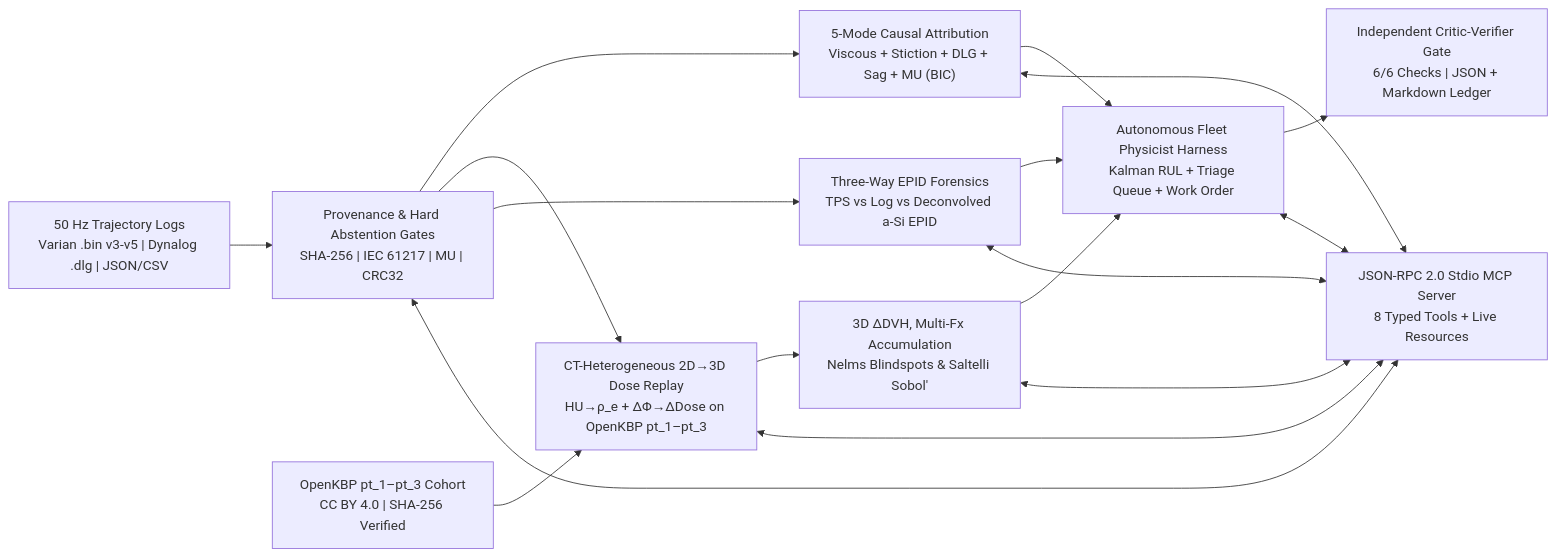
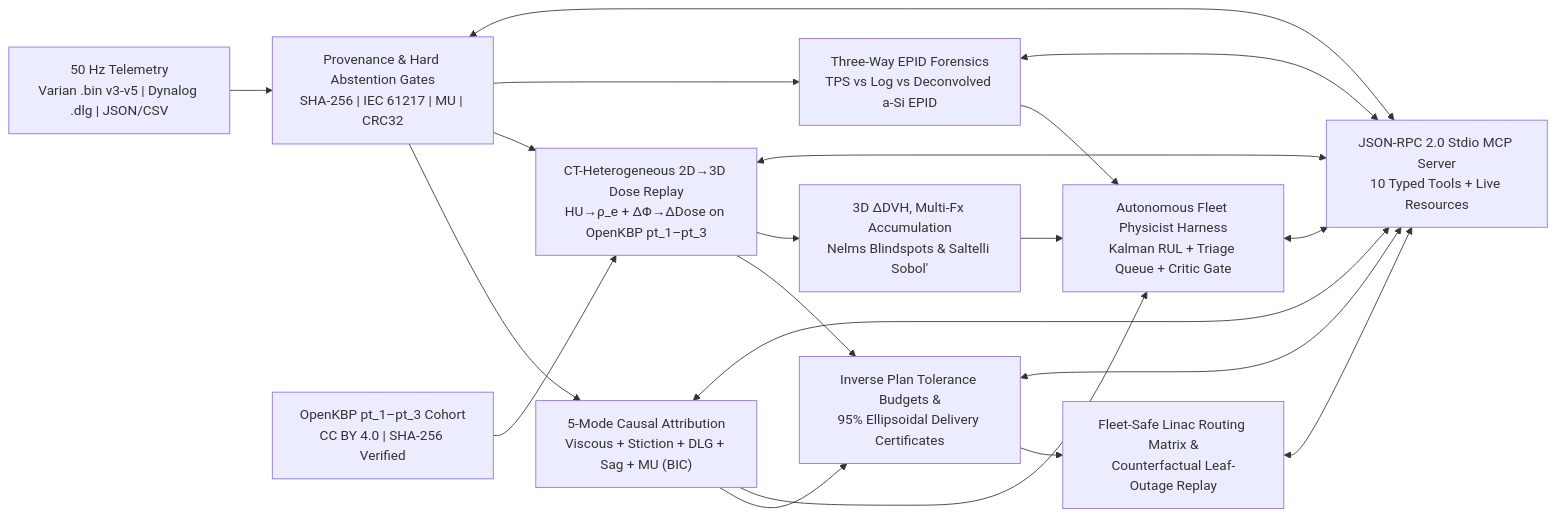
Before and after one commit to callmesobhan/linac-forensics: the diagram in README.md, drawn with Mermaid. The commit also changed other lines of this file and 18 other files, not shown here.

Commit message:
feat(v0.3.0): inverse plan tolerance budgets, 95% adversarial delivery certificates, fleet-safe linac routing, leaf-outage replay & non-commercial citation license

````diff
--- a/README.md
+++ b/README.md
@@ -38,12 +36,13 @@
 ```mermaid
 flowchart LR
-    A["50 Hz Trajectory Logs<br/>Varian .bin v3-v5 | Dynalog .dlg | JSON/CSV"] --> B["Provenance & Hard Abstention Gates<br/>SHA-256 | IEC 61217 | MU | CRC32"]
+    A["50 Hz Telemetry<br/>Varian .bin v3-v5 | Dynalog .dlg | JSON/CSV"] --> B["Provenance & Hard Abstention Gates<br/>SHA-256 | IEC 61217 | MU | CRC32"]
     B --> C["5-Mode Causal Attribution<br/>Viscous + Stiction + DLG + Sag + MU (BIC)"]
     B --> D["CT-Heterogeneous 2D→3D Dose Replay<br/>HU→ρ_e + ΔΦ→ΔDose on OpenKBP pt_1–pt_3"]
     B --> E["Three-Way EPID Forensics<br/>TPS vs Log vs Deconvolved a-Si EPID"]
     F["OpenKBP pt_1–pt_3 Cohort<br/>CC BY 4.0 | SHA-256 Verified"] --> D
+    C & D --> K["Inverse Plan Tolerance Budgets &<br/>95% Ellipsoidal Delivery Certificates"]
+    K --> L["Fleet-Safe Linac Routing Matrix &<br/>Counterfactual Leaf-Outage Replay"]
     D --> G["3D ΔDVH, Multi-Fx Accumulation<br/>Nelms Blindspots & Saltelli Sobol'"]
-    C & E & G --> H["Autonomous Fleet Physicist Harness<br/>Kalman RUL + Triage Queue + Work Order"]
-    H --> I["Independent Critic-Verifier Gate<br/>6/6 Checks | JSON + Markdown Ledger"]
-    B & C & D & E & G & H <--> J["JSON-RPC 2.0 Stdio MCP Server<br/>8 Typed Tools + Live Resources"]
+    C & E & G --> H["Autonomous Fleet Physicist Harness<br/>Kalman RUL + Triage Queue + Critic Gate"]
+    B & C & D & E & K & L & H <--> J["JSON-RPC 2.0 Stdio MCP Server<br/>10 Typed Tools + Live Resources"]
 ```
````
